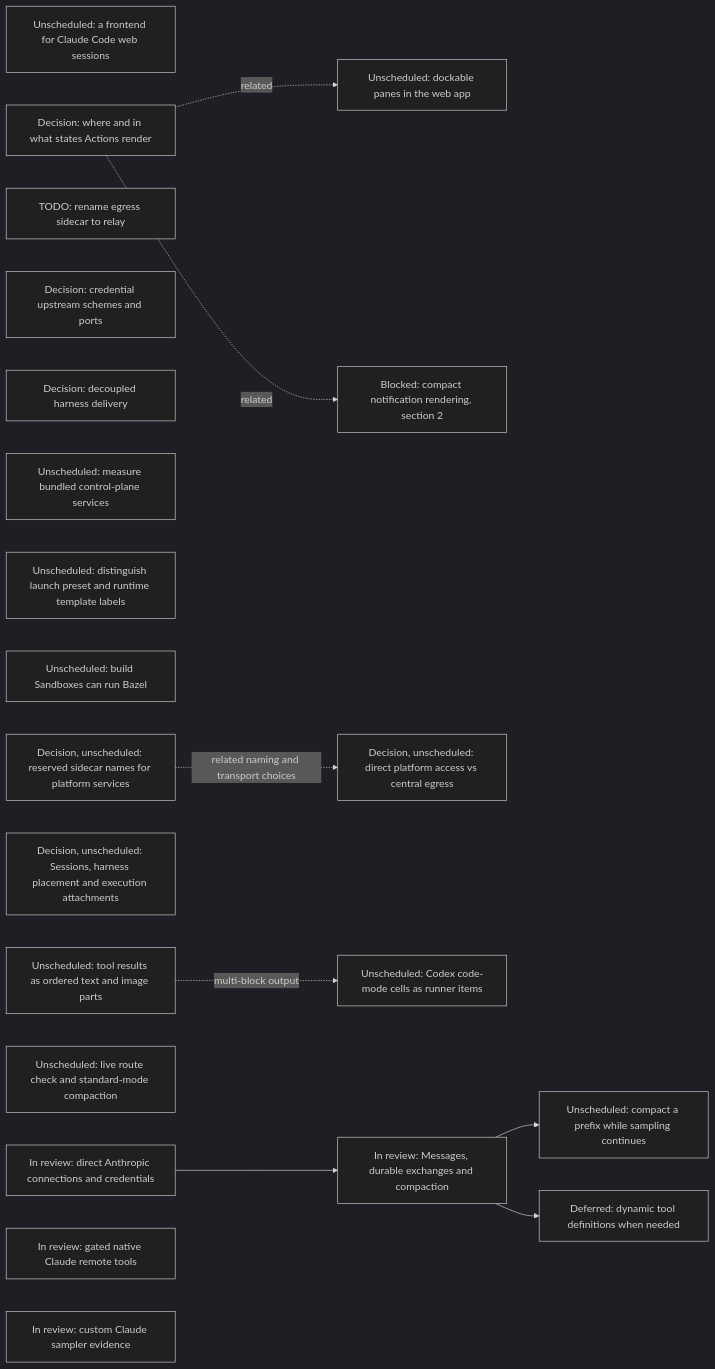
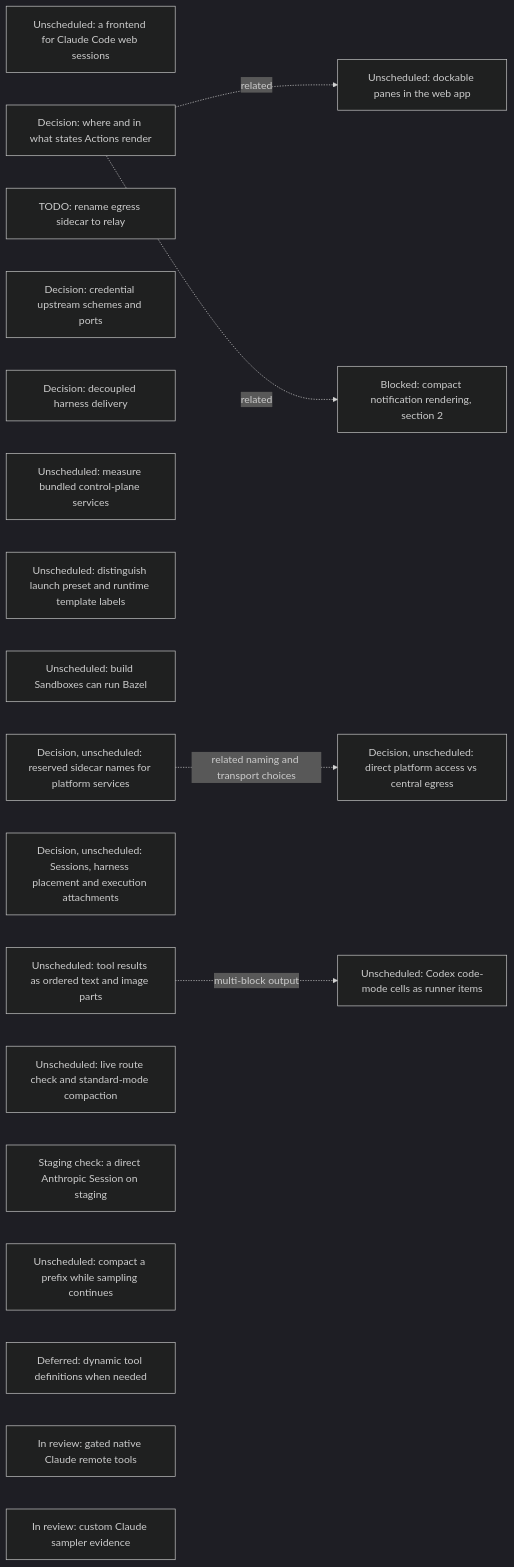
Before and after one commit to agentydragon/ducktape: the sixth of 18 diagrams in agentplane/plans/task_dag.md, drawn with Mermaid (dark theme). The commit also changed other lines of this file and 3 other files, not shown here.

First line of the commit message:
agentplane/plans: burn down merged native Anthropic sampling

````diff
--- a/agentplane/plans/task_dag.md
+++ b/agentplane/plans/task_dag.md
@@ -545,28 +545,27 @@
 ```mermaid
 flowchart LR
     CLAUDE_CODE_WEB_BRIDGE[Unscheduled: a frontend for Claude Code web sessions]
     ACTION_SURFACES_DESIGN[Decision: where and in what states Actions render]
     EGRESS_RELAY_RENAME[TODO: rename egress sidecar to relay]
     EGRESS_CREDENTIAL_TRANSPORT_DESIGN[Decision: credential upstream schemes and ports]
     RUNNER_HARNESS_DELIVERY_DESIGN[Decision: decoupled harness delivery]
     K3S_BUNDLED_SERVICES_SPIKE[Unscheduled: measure bundled control-plane services]
     DOCKABLE_PANES[Unscheduled: dockable panes in the web app]
     ACTION_SURFACES_DESIGN -. related .-> DOCKABLE_PANES
     NOTIFICATION_PRESENTATION[Blocked: compact notification rendering, section 2]
     ACTION_SURFACES_DESIGN -. related .-> NOTIFICATION_PRESENTATION
     SANDBOX_FORM_TERMINOLOGY[Unscheduled: distinguish launch preset and runtime template labels]
     BUILD_BOX_BAZEL[Unscheduled: build Sandboxes can run Bazel]
     PLATFORM_SERVICE_NAMES_DESIGN[Decision, unscheduled: reserved sidecar names for platform services]
     PLATFORM_SERVICE_ROUTING_DESIGN[Decision, unscheduled: direct platform access vs central egress]
     PLATFORM_SERVICE_NAMES_DESIGN -. related naming and transport choices .-> PLATFORM_SERVICE_ROUTING_DESIGN
     SESSION_RUNTIME_MODEL_DESIGN[Decision, unscheduled: Sessions, harness placement and execution attachments]
     STRUCTURED_TOOL_OUTPUT[Unscheduled: tool results as ordered text and image parts]
     STRUCTURED_TOOL_OUTPUT -. multi-block output .-> CODEX_CODE_MODE_CELLS[Unscheduled: Codex code-mode cells as runner items]
     CENTRAL_SAMPLER_MODEL_CAPABILITIES[Unscheduled: live route check and standard-mode compaction]
-    CENTRAL_SAMPLER_ANTHROPIC_ROUTING[In review: direct Anthropic connections and credentials]
-    CENTRAL_SAMPLER_ANTHROPIC_ROUTING --> CENTRAL_SAMPLER_ANTHROPIC_MESSAGES[In review: Messages, durable exchanges and compaction]
-    CENTRAL_SAMPLER_ANTHROPIC_MESSAGES --> CENTRAL_SAMPLER_BACKGROUND_COMPACTION[Unscheduled: compact a prefix while sampling continues]
-    CENTRAL_SAMPLER_ANTHROPIC_MESSAGES --> CENTRAL_SAMPLER_DYNAMIC_TOOLS[Deferred: dynamic tool definitions when needed]
+    CENTRAL_SAMPLER_ANTHROPIC_STAGING[Staging check: a direct Anthropic Session on staging]
+    CENTRAL_SAMPLER_BACKGROUND_COMPACTION[Unscheduled: compact a prefix while sampling continues]
+    CENTRAL_SAMPLER_DYNAMIC_TOOLS[Deferred: dynamic tool definitions when needed]
     CLAUDE_REMOTE_EXECUTION_SPIKE[In review: gated native Claude remote tools]
     CLAUDE_CUSTOM_SAMPLER[In review: custom Claude sampler evidence]
 ```
````
